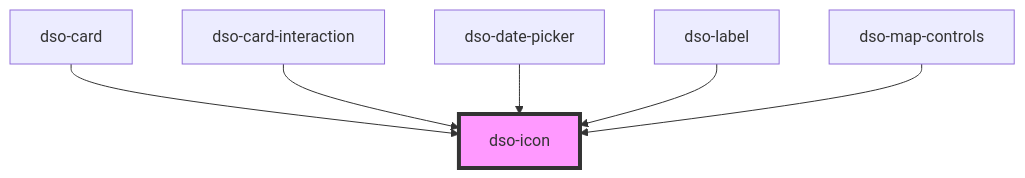
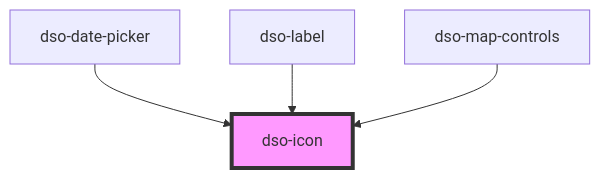
One commit to dso-toolkit/dso-toolkit changed the diagram in packages/core/src/components/icon/readme.md. Above: the diagram before and after it, drawn with Mermaid. The commit also changed other lines of this file and 14 other files, not shown here.

````diff
--- a/packages/core/src/components/icon/readme.md
+++ b/packages/core/src/components/icon/readme.md
@@ -26,9 +24,7 @@
 ```mermaid
 graph TD;
-  dso-card --> dso-icon
-  dso-card-interaction --> dso-icon
   dso-date-picker --> dso-icon
   dso-label --> dso-icon
   dso-map-controls --> dso-icon
   style dso-icon fill:#f9f,stroke:#333,stroke-width:4px
 ```
````
